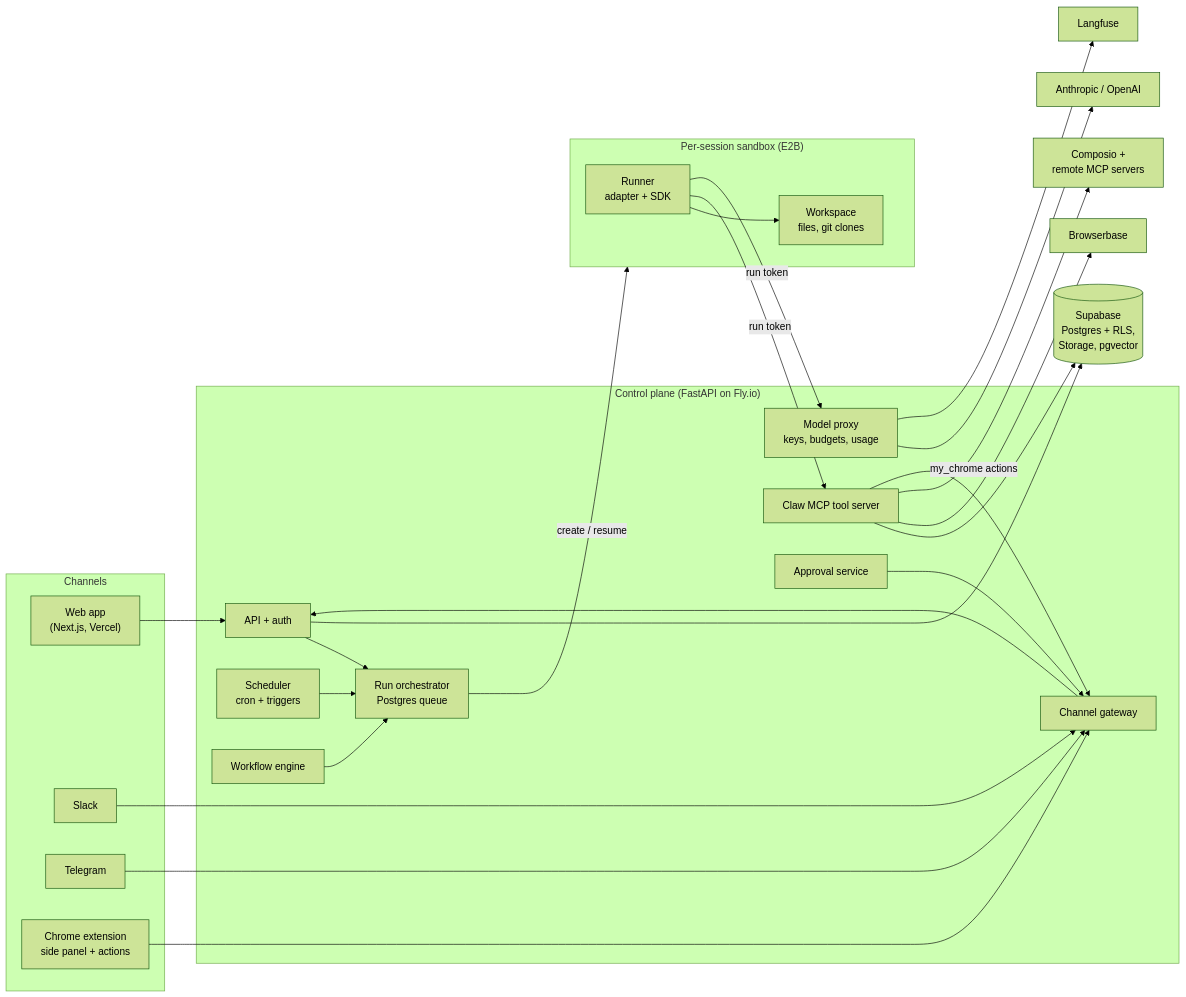
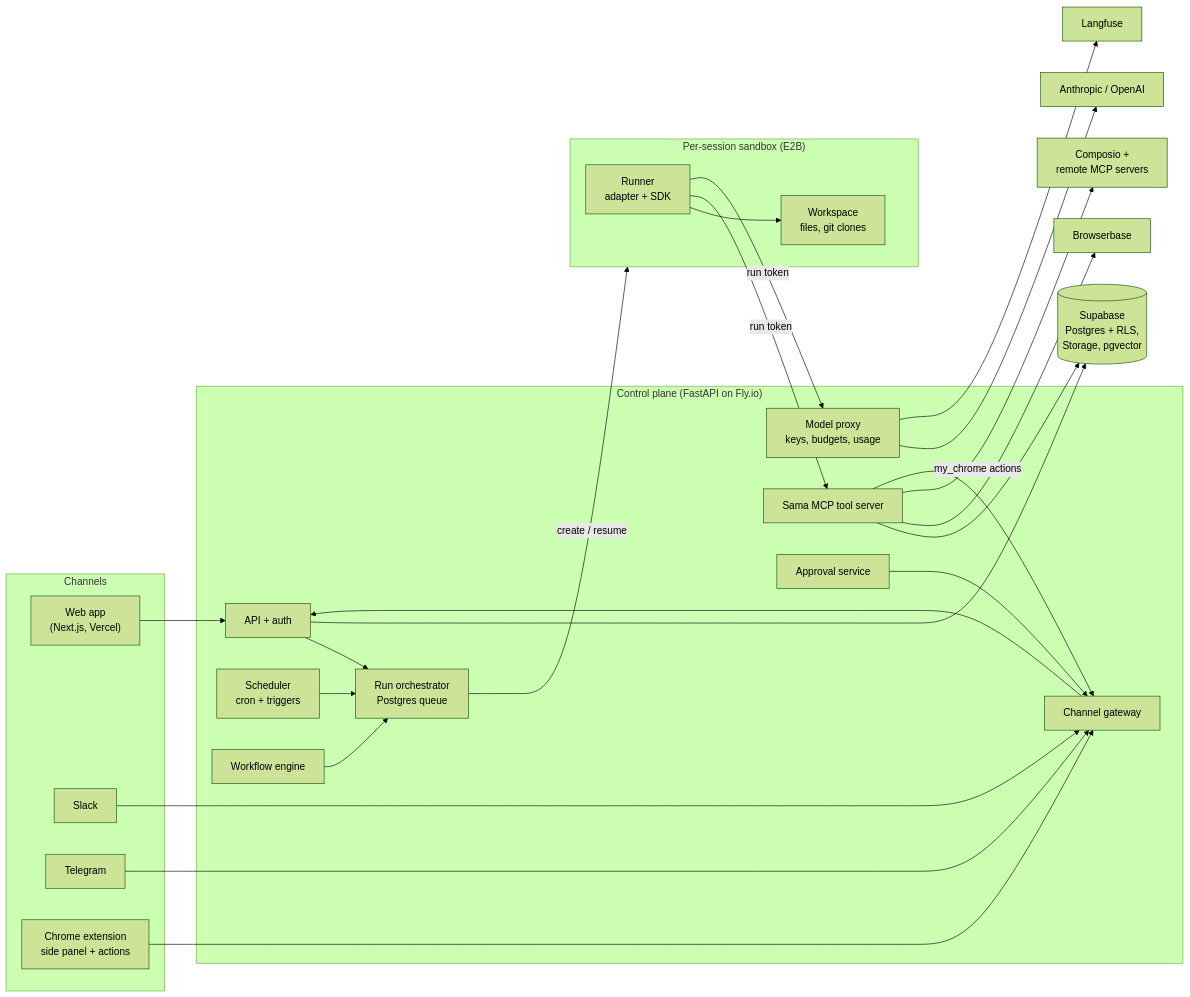
One commit to nikhilllmno/Nikhil_claw changed the first of 2 diagrams in docs/architecture.md. Above: the diagram before and after it, drawn with Mermaid (forest theme). The commit also changed other lines of this file and 17 other files, not shown here.

````diff
--- a/docs/architecture.md
+++ b/docs/architecture.md
@@ -180,57 +180,57 @@
 ```mermaid
 ---
 config:
   flowchart:
     wrappingWidth: 1000
 ---
 flowchart LR
   subgraph CH["Channels"]
     WEB["Web app<br/>(Next.js, Vercel)"]
     SL["Slack"]
     TG["Telegram"]
     EXT["Chrome extension<br/>side panel + actions"]
   end
 
   subgraph CP["Control plane (FastAPI on Fly.io)"]
     API["API + auth"]
     GW["Channel gateway"]
     ORCH["Run orchestrator<br/>Postgres queue"]
     SCHED["Scheduler<br/>cron + triggers"]
     WF["Workflow engine"]
-    MCP["Claw MCP tool server"]
+    MCP["Sama MCP tool server"]
     MP["Model proxy<br/>keys, budgets, usage"]
     APR["Approval service"]
   end
 
   subgraph SB["Per-session sandbox (E2B)"]
     RUN["Runner<br/>adapter + SDK"]
     FS["Workspace<br/>files, git clones"]
   end
 
   DB[("Supabase<br/>Postgres + RLS,<br/>Storage, pgvector")]
   BB["Browserbase"]
   CMP["Composio +<br/>remote MCP servers"]
   LLM["Anthropic / OpenAI"]
   LF["Langfuse"]
 
   WEB --> API
   SL --> GW
   TG --> GW
   EXT --> GW
   GW --> API
   API --> ORCH
   SCHED --> ORCH
   WF --> ORCH
   ORCH -->|"create / resume"| SB
   RUN --> FS
   RUN -->|"run token"| MCP
   RUN -->|"run token"| MP
   MP --> LLM
   MP --> LF
   MCP --> DB
   MCP --> BB
   MCP --> CMP
   MCP -->|"my_chrome actions"| GW
   APR --> GW
   API --> DB
 ```
````
